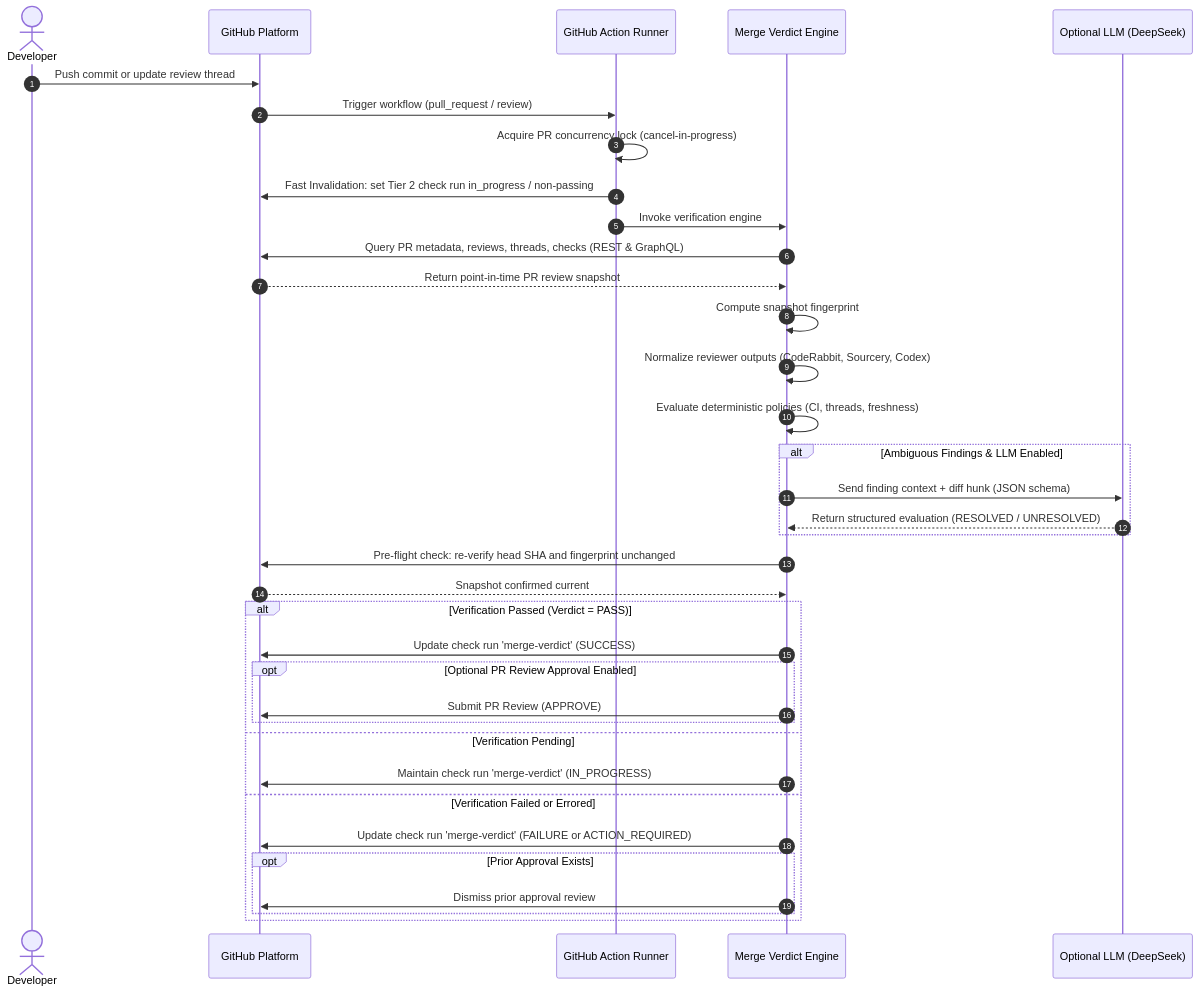
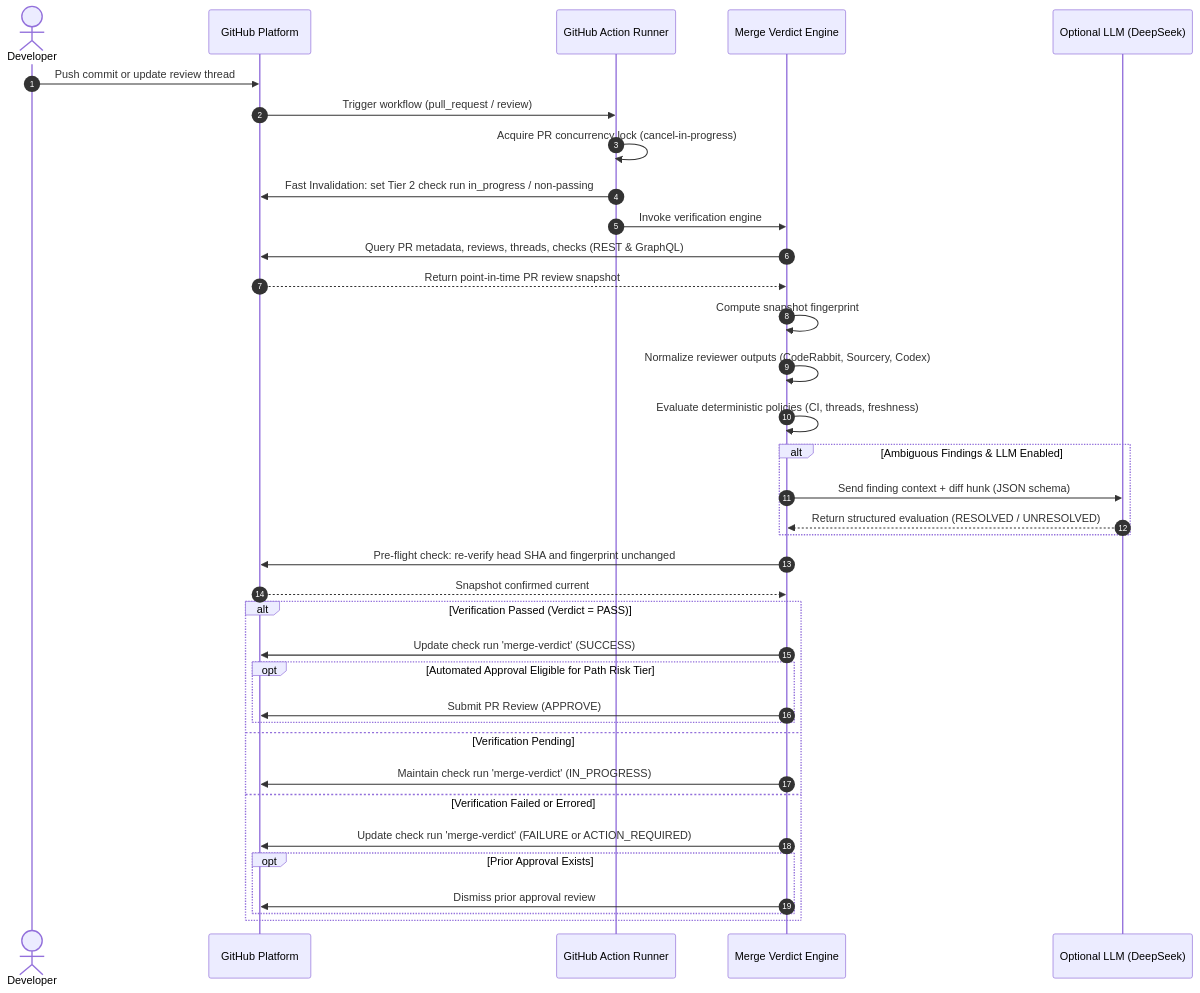
Before and after one commit to gordonpn/merge-verdict: the second of 2 diagrams in docs/architecture.md, drawn with Mermaid. The commit also changed other lines of this file and 7 other files, not shown here.

````diff
--- a/docs/architecture.md
+++ b/docs/architecture.md
@@ -162,44 +162,44 @@
 ```mermaid
 sequenceDiagram
     autonumber
     actor Dev as Developer
     participant GH as GitHub Platform
     participant WF as GitHub Action Runner
     participant Core as Merge Verdict Engine
     participant LLM as Optional LLM (DeepSeek)
 
     Dev->>GH: Push commit or update review thread
     GH->>WF: Trigger workflow (pull_request / review)
     WF->>WF: Acquire PR concurrency lock (cancel-in-progress)
     WF->>GH: Fast Invalidation: set Tier 2 check run in_progress / non-passing
     WF->>Core: Invoke verification engine
 
     Core->>GH: Query PR metadata, reviews, threads, checks (REST & GraphQL)
     GH-->>Core: Return point-in-time PR review snapshot
 
     Core->>Core: Compute snapshot fingerprint
     Core->>Core: Normalize reviewer outputs (CodeRabbit, Sourcery, Codex)
     Core->>Core: Evaluate deterministic policies (CI, threads, freshness)
 
     alt Ambiguous Findings & LLM Enabled
         Core->>LLM: Send finding context + diff hunk (JSON schema)
         LLM-->>Core: Return structured evaluation (RESOLVED / UNRESOLVED)
     end
 
     Core->>GH: Pre-flight check: re-verify head SHA and fingerprint unchanged
     GH-->>Core: Snapshot confirmed current
 
     alt Verification Passed (Verdict = PASS)
         Core->>GH: Update check run 'merge-verdict' (SUCCESS)
-        opt Optional PR Review Approval Enabled
+        opt Automated Approval Eligible for Path Risk Tier
             Core->>GH: Submit PR Review (APPROVE)
         end
     else Verification Pending
         Core->>GH: Maintain check run 'merge-verdict' (IN_PROGRESS)
     else Verification Failed or Errored
         Core->>GH: Update check run 'merge-verdict' (FAILURE or ACTION_REQUIRED)
         opt Prior Approval Exists
             Core->>GH: Dismiss prior approval review
         end
     end
 ```
````
